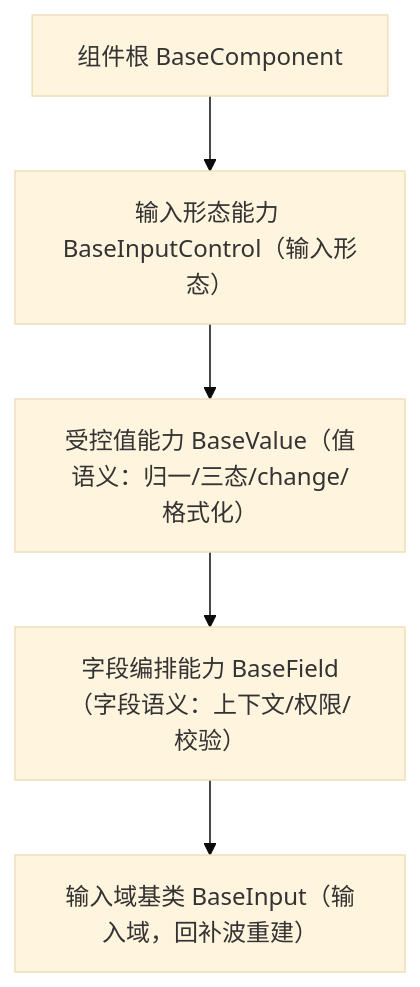
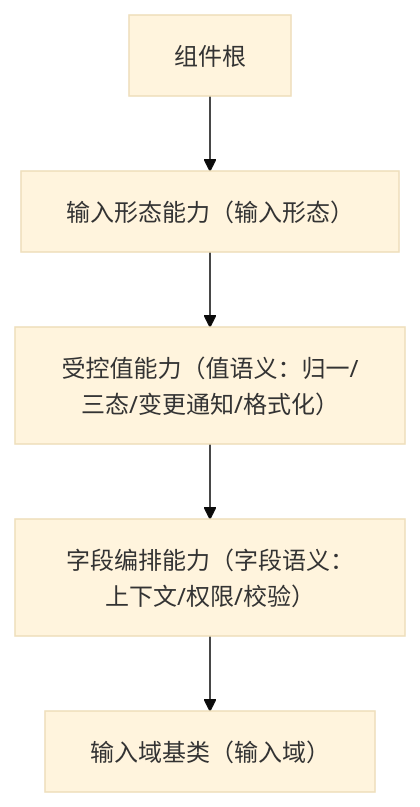
The diagram in bms文档/设计/组件设计/02_基础组件类/02_能力类/02_组件设计_输入形态能力/02_组件设计_输入形态能力.md (minjian123/basic-management-system), drawn with Mermaid (base theme) before and after one commit. The commit also changed other lines of this file and 238 other files, not shown here.

````diff
--- a/bms文档/设计/组件设计/02_基础组件类/02_能力类/02_组件设计_输入形态能力/02_组件设计_输入形态能力.md
+++ b/bms文档/设计/组件设计/02_基础组件类/02_能力类/02_组件设计_输入形态能力/02_组件设计_输入形态能力.md
@@ -15,7 +16,7 @@
 ```mermaid
 flowchart TD
-    COMP["组件根 BaseComponent"] --> IC["输入形态能力 BaseInputControl（输入形态）"]
-    IC --> V["受控值能力 BaseValue（值语义：归一/三态/change/格式化）"]
-    V --> F["字段编排能力 BaseField（字段语义：上下文/权限/校验）"]
-    F --> I["输入域基类 BaseInput（输入域，回补波重建）"]
+    COMP["组件根"] --> IC["输入形态能力（输入形态）"]
+    IC --> V["受控值能力（值语义：归一/三态/变更通知/格式化）"]
+    V --> F["字段编排能力（字段语义：上下文/权限/校验）"]
+    F --> I["输入域基类（输入域）"]
 ```
````
